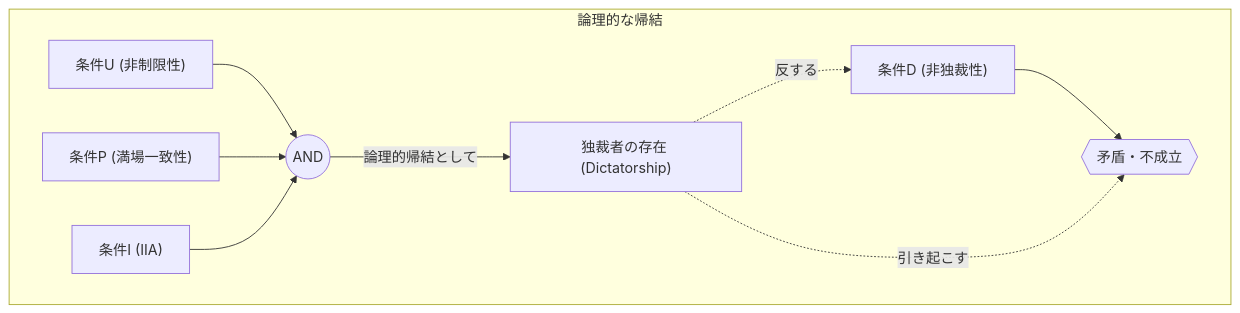
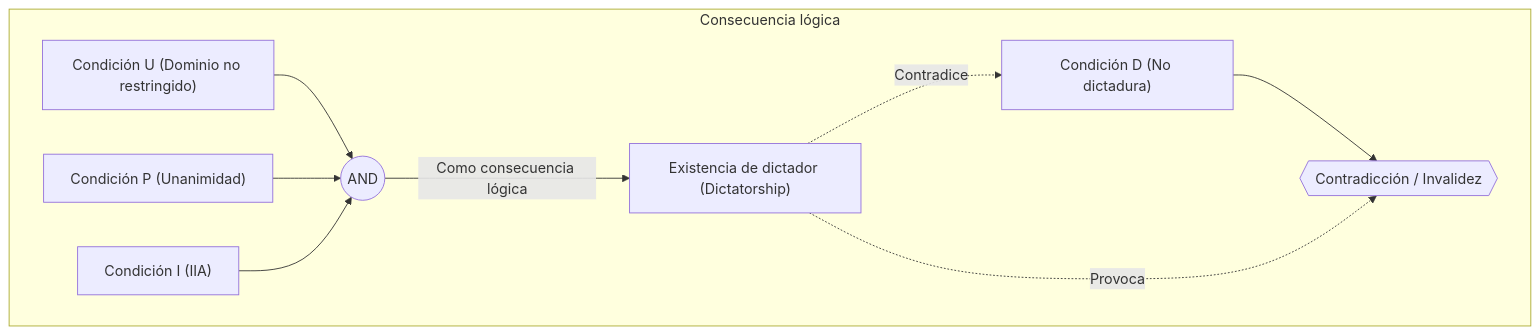
The third of 3 diagrams in content/post/arrows-impossibility-theorem/index.es.md (kenjinote/blog), drawn with Mermaid before and after one commit. The commit also changed other lines of this file and 28 other files, not shown here.

Commit message:
Translate Japanese text inside Mermaid diagrams to respective languages

````diff
--- a/content/post/arrows-impossibility-theorem/index.es.md
+++ b/content/post/arrows-impossibility-theorem/index.es.md
@@ -166,14 +166,14 @@
 ```mermaid
 graph TD
-    subgraph "論理的な帰結"
-        A_U["条件U (非制限性)"] --> AND1((AND))
-        A_P["条件P (満場一致性)"] --> AND1
-        A_I["条件I (IIA)"] --> AND1
+    subgraph "Consecuencia lógica"
+        A_U["Condición U (Dominio no restringido)"] --> AND1((AND))
+        A_P["Condición P (Unanimidad)"] --> AND1
+        A_I["Condición I (IIA)"] --> AND1
         
-        AND1 -->|"論理的帰結として"| D_TRUE["独裁者の存在 (Dictatorship)"]
-        D_FALSE["条件D (非独裁性)"] --> CONFLICT{{"矛盾・不成立"}}
+        AND1 -->|"Como consecuencia lógica"| D_TRUE["Existencia de dictador (Dictatorship)"]
+        D_FALSE["Condición D (No dictadura)"] --> CONFLICT{{"Contradicción / Invalidez"}}
         
-        D_TRUE -.->|"反する"| D_FALSE
-        D_TRUE -.->|"引き起こす"| CONFLICT
+        D_TRUE -.->|"Contradice"| D_FALSE
+        D_TRUE -.->|"Provoca"| CONFLICT
     end
 ```
````
